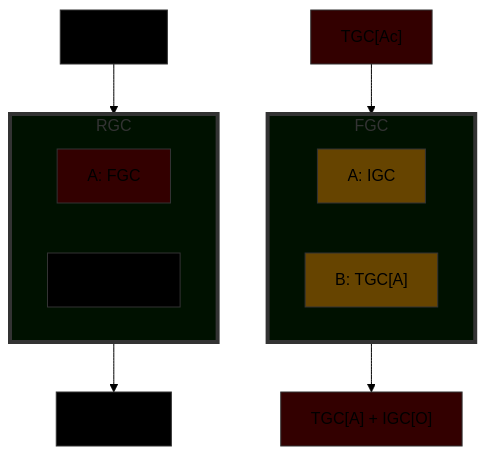
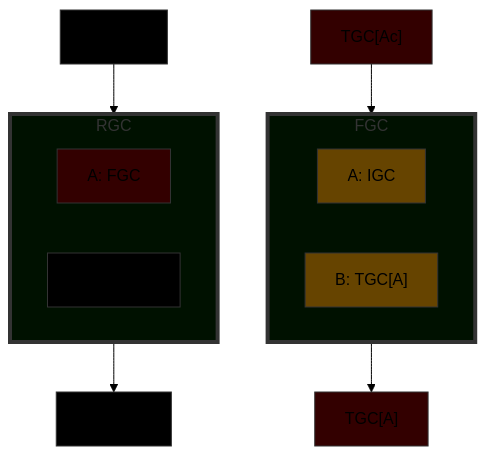
One commit to Shapedsundew9/erasmus-gp changed the fourth of 6 diagrams in egppy/egppy/physics/docs/insertion.md. Above: the diagram before and after it, drawn with Mermaid (forest theme). The commit also changed other lines of this file and 6 other files, not shown here.

````diff
--- a/egppy/egppy/physics/docs/insertion.md
+++ b/egppy/egppy/physics/docs/insertion.md
@@ -139,37 +137,37 @@
 ```mermaid
 %% Insertion Case 3
 flowchart TB
     I1["TGC[I]"]
     subgraph RGC
         direction RL
         GCA1["A: FGC"]
         GCB1["B: TGC[B]"]
     end
     O1["TGC[O]"]
     I1 --> RGC --> O1
 
     I2["TGC[Ac]"]
     subgraph FGC
         direction RL
         GCA2["A: IGC"]
         GCB2["B: TGC[A]"]
     end
-    O2["TGC[A] + IGC[O]"]
+    O2["TGC[A]"]
     I2 --> FGC --> O2
 
 classDef newGC fill:#010,stroke:#333,stroke-width:4px
 classDef newRow fill:#300,stroke:#333,stroke-width:1px
 classDef modified fill:#640,stroke:#333,stroke-width:1px
 classDef unchanged fill:#000,stroke:#333,stroke-width:1px
 
 class RGC newGC
 class GCB1 unchanged
 class GCA1 newRow
 class FGC newGC
 class GCA2 modified
 class GCB2 modified
 class I1 unchanged
 class I2 newRow
 class O1 unchanged
 class O2 newRow
 ```
````
